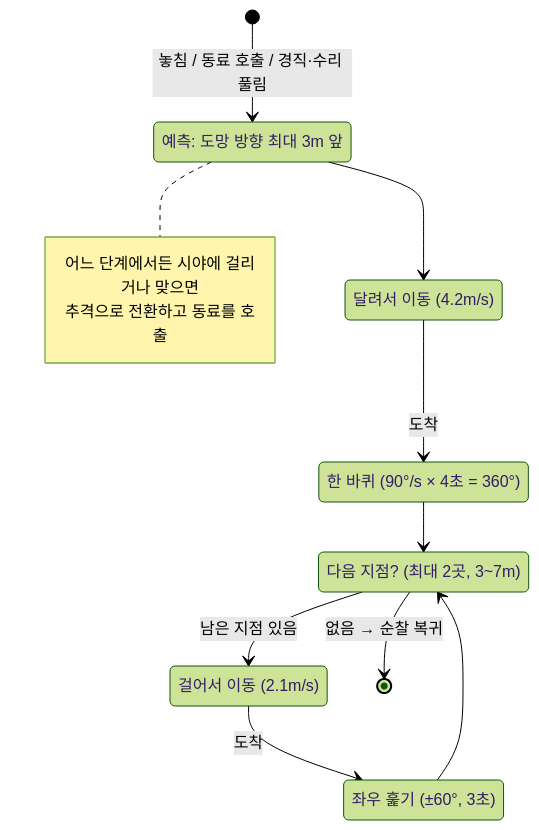
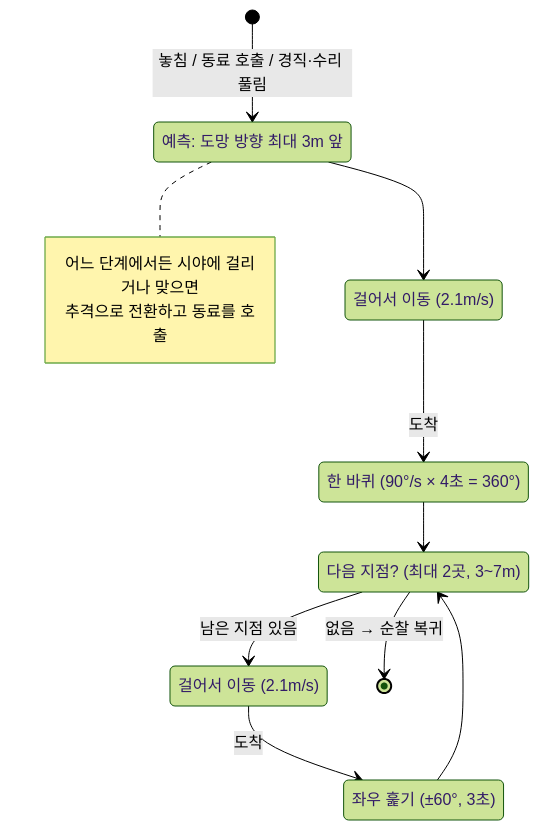
Before and after one commit to zkssk0812/unreal_multi_game_project: the sixth of 6 diagrams in Server/docs/경비원AI_공격탐색_개선안.md, drawn with Mermaid (forest theme). The commit also changed other lines of this file, not shown here.

````diff
--- a/Server/docs/경비원AI_공격탐색_개선안.md
+++ b/Server/docs/경비원AI_공격탐색_개선안.md
@@ -326,21 +326,21 @@
 ```mermaid
 stateDiagram-v2
     state "예측: 도망 방향 최대 3m 앞" as Predict
-    state "달려서 이동 (4.2m/s)" as Run
+    state "걸어서 이동 (2.1m/s)" as Run
     state "한 바퀴 (90°/s × 4초 = 360°)" as Spin
     state "다음 지점? (최대 2곳, 3~7m)" as Next
     state "걸어서 이동 (2.1m/s)" as Walk
     state "좌우 훑기 (±60°, 3초)" as Sweep
     [*] --> Predict: 놓침 / 동료 호출 / 경직·수리 풀림
     Predict --> Run
     Run --> Spin: 도착
     Spin --> Next
     Next --> Walk: 남은 지점 있음
     Walk --> Sweep: 도착
     Sweep --> Next
     Next --> [*]: 없음 → 순찰 복귀
     note right of Predict
         어느 단계에서든 시야에 걸리거나 맞으면
         추격으로 전환하고 동료를 호출
     end note
 ```
````
